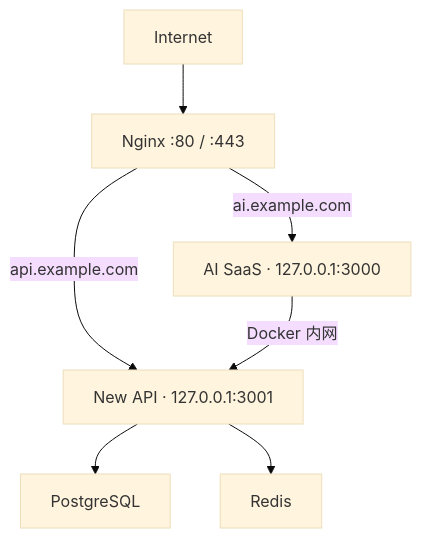
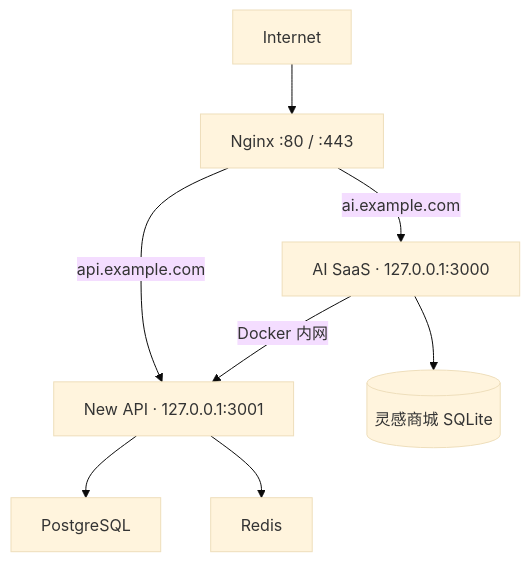
One commit to 1468848161/AI changed the diagram in docs/DEPLOYMENT.md. Above: the diagram before and after it, drawn with Mermaid (base theme). The commit also changed other lines of this file and 21 other files, not shown here.

````diff
--- a/docs/DEPLOYMENT.md
+++ b/docs/DEPLOYMENT.md
@@ -175,9 +175,10 @@
 ```mermaid
 flowchart TD
     Internet --> Nginx["Nginx :80 / :443"]
     Nginx -->|ai.example.com| Frontend["AI SaaS · 127.0.0.1:3000"]
     Nginx -->|api.example.com| Gateway["New API · 127.0.0.1:3001"]
     Frontend -->|Docker 内网| Gateway
+    Frontend --> Commerce[(灵感商城 SQLite)]
     Gateway --> PostgreSQL
     Gateway --> Redis
 ```
````
